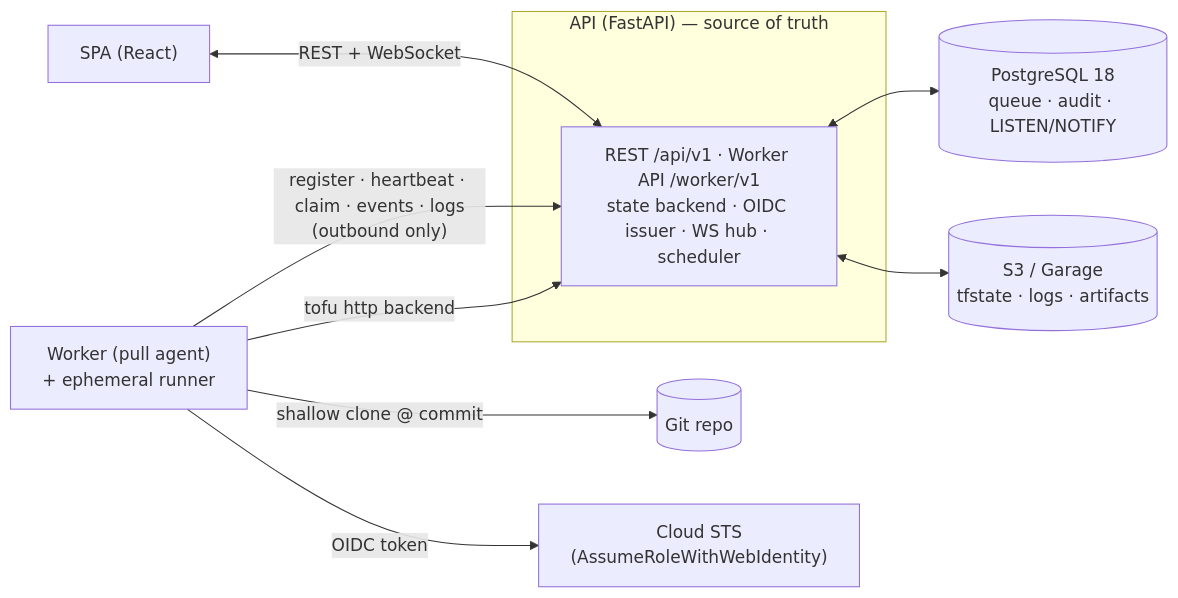
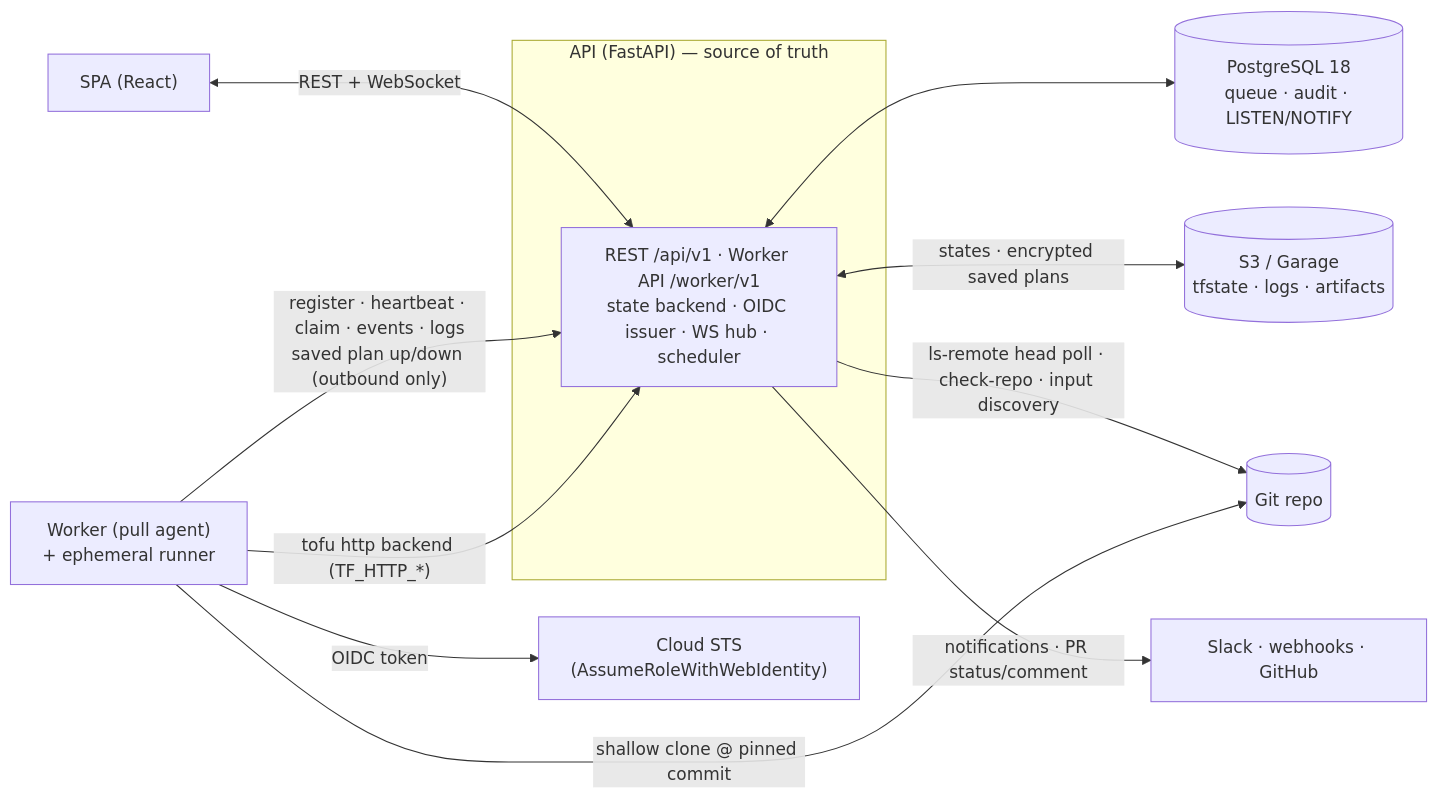
Before and after one commit to fmiquel90/stackd: the first of 6 diagrams in docs/ARCHITECTURE.md, drawn with Mermaid. The commit also changed other lines of this file and 1 other file, not shown here.

First line of the commit message:
docs: align concepts and architecture with saved-plan apply and job-scoped state

````diff
--- a/docs/ARCHITECTURE.md
+++ b/docs/ARCHITECTURE.md
@@ -12,20 +12,24 @@
 ```mermaid
 flowchart LR
     Browser["SPA (React)"]
     subgraph api_box["API (FastAPI) — source of truth"]
       API["REST /api/v1 · Worker API /worker/v1<br/>state backend · OIDC issuer · WS hub · scheduler"]
     end
     PG[("PostgreSQL 18<br/>queue · audit · LISTEN/NOTIFY")]
     S3[("S3 / Garage<br/>tfstate · logs · artifacts")]
     Worker["Worker (pull agent)<br/>+ ephemeral runner"]
     Git[("Git repo")]
     STS["Cloud STS<br/>(AssumeRoleWithWebIdentity)"]
 
+    Hooks["Slack · webhooks · GitHub"]
+
     Browser <-->|"REST + WebSocket"| API
     API <--> PG
-    API <--> S3
-    Worker -->|"register · heartbeat · claim · events · logs<br/>(outbound only)"| API
-    Worker -->|"shallow clone @ commit"| Git
-    Worker -->|"tofu http backend"| API
+    API <-->|"states · encrypted saved plans"| S3
+    API -->|"ls-remote head poll · check-repo · input discovery"| Git
+    API -->|"notifications · PR status/comment"| Hooks
+    Worker -->|"register · heartbeat · claim · events · logs<br/>saved plan up/down (outbound only)"| API
+    Worker -->|"shallow clone @ pinned commit"| Git
+    Worker -->|"tofu http backend (TF_HTTP_*)"| API
     Worker -->|"OIDC token"| STS
 ```
````
